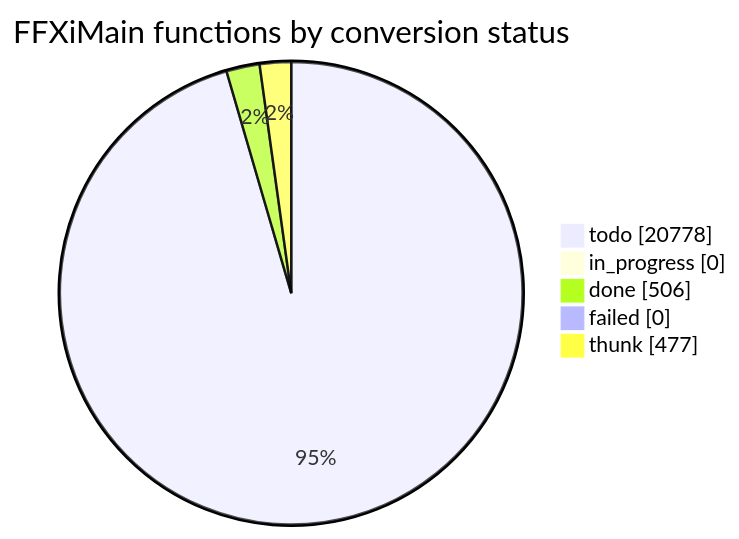
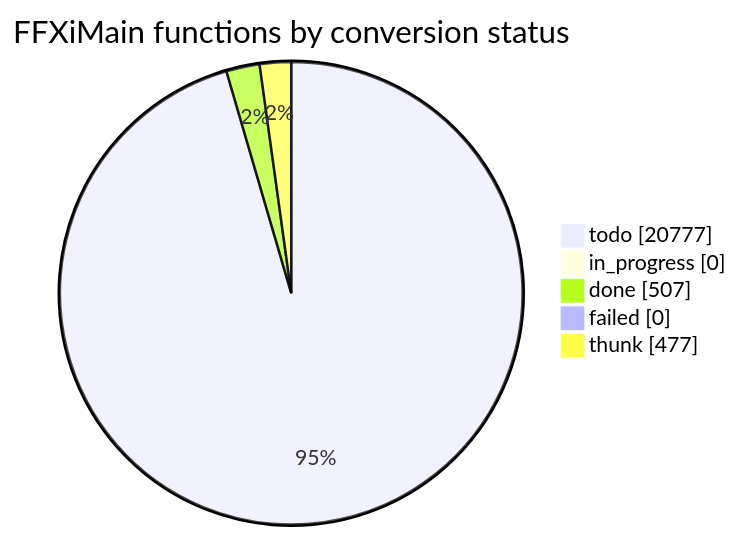
One commit to cowrevenge/cow_kuluu_xi_anything changed the diagram in docs/cow/STATUS.md. Above: the diagram before and after it, drawn with Mermaid. The commit also changed other lines of this file and 9 other files, not shown here.

````diff
--- a/docs/cow/STATUS.md
+++ b/docs/cow/STATUS.md
@@ -18,9 +18,9 @@
 ```mermaid
 pie showData
     title FFXiMain functions by conversion status
-    "todo" : 20778
+    "todo" : 20777
     "in_progress" : 0
-    "done" : 506
+    "done" : 507
     "failed" : 0
     "thunk" : 477
 ```
````
